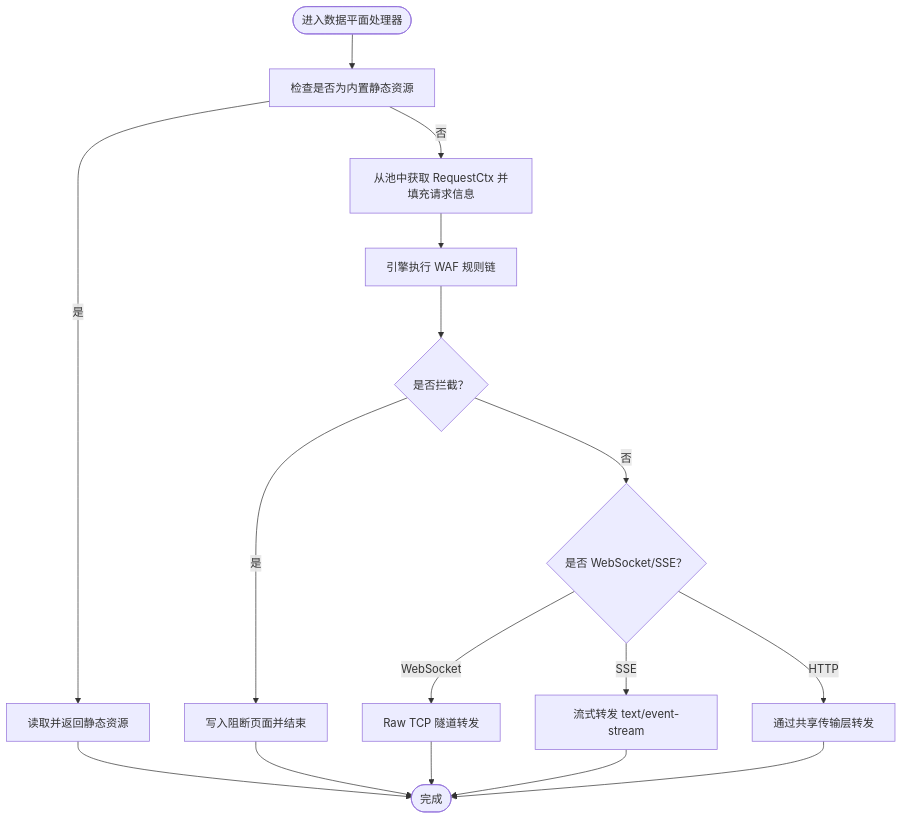
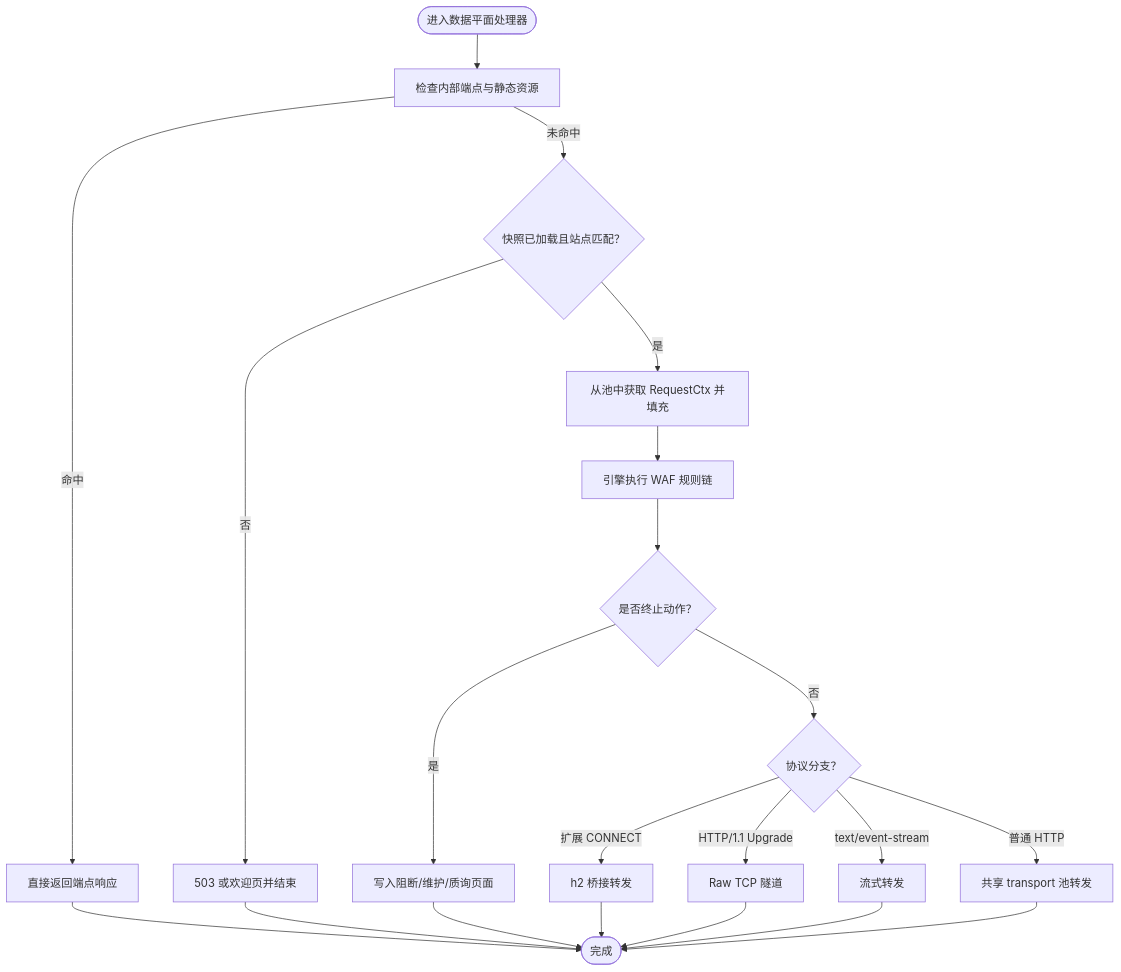
One commit to x01n/My-OpenWaf changed the fifth of 12 diagrams in docs/数据平面处理/数据平面处理.md. Above: the diagram before and after it, drawn with Mermaid. The commit also changed other lines of this file and 622 other files, not shown here.

````diff
--- a/docs/数据平面处理/数据平面处理.md
+++ b/docs/数据平面处理/数据平面处理.md
@@ -175,14 +298,17 @@
 ```mermaid
 flowchart TD
-Start(["进入数据平面处理器"]) --> StaticCheck["检查是否为内置静态资源"]
-StaticCheck --> |是| ServeStatic["读取并返回静态资源"] --> End
-StaticCheck --> |否| BuildCtx["从池中获取 RequestCtx 并填充请求信息"]
+Start(["进入数据平面处理器"]) --> Internal["检查内部端点与静态资源"]
+Internal --> |命中| ServeInternal["直接返回端点响应"] --> End
+Internal --> |未命中| Match{"快照已加载且站点匹配？"}
+Match --> |否| Early["503 或欢迎页并结束"] --> End
+Match --> |是| BuildCtx["从池中获取 RequestCtx 并填充"]
 BuildCtx --> WAF["引擎执行 WAF 规则链"]
-WAF --> Decision{"是否拦截？"}
-Decision --> |是| Block["写入阻断页面并结束"] --> End
-Decision --> |否| Route{"是否 WebSocket/SSE？"}
-Route --> |WebSocket| WS["Raw TCP 隧道转发"] --> End
-Route --> |SSE| SSE["流式转发 text/event-stream"] --> End
-Route --> |HTTP| HTTP["通过共享传输层转发"] --> End
+WAF --> Decision{"是否终止动作？"}
+Decision --> |是| Block["写入阻断/维护/质询页面"] --> End
+Decision --> |否| Route{"协议分支？"}
+Route --> |扩展 CONNECT| H2WS["h2 桥接转发"] --> End
+Route --> |HTTP/1.1 Upgrade| WS["Raw TCP 隧道"] --> End
+Route --> |text/event-stream| SSE["流式转发"] --> End
+Route --> |普通 HTTP| HTTP["共享 transport 池转发"] --> End
 End(["完成"])
 ```
````
